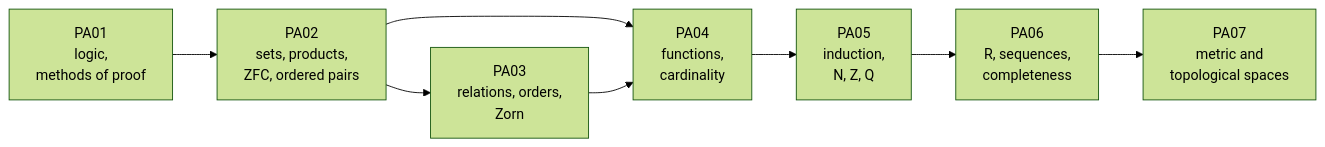
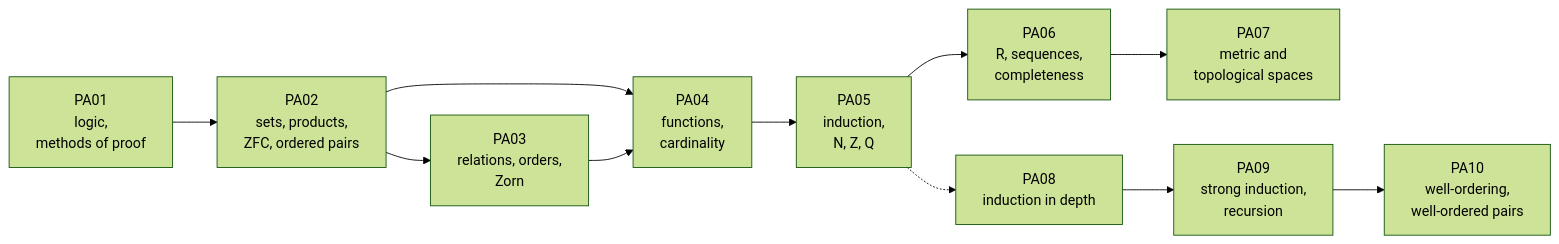
The diagram in 11-Proofs-Analysis-Topology/Proofs, Analysis and Topology - Course Map.md (etswastik712/notes), drawn with Mermaid (forest theme) before and after one commit. The commit also changed other lines of this file and 84 other files, not shown here.

````diff
--- a/11-Proofs-Analysis-Topology/Proofs, Analysis and Topology - Course Map.md
+++ b/11-Proofs-Analysis-Topology/Proofs, Analysis and Topology - Course Map.md
@@ -26,10 +27,13 @@
 ```mermaid
 flowchart LR
   A["PA01<br/>logic,<br/>methods of proof"] --> B["PA02<br/>sets, products,<br/>ZFC, ordered pairs"]
   B --> C["PA03<br/>relations, orders,<br/>Zorn"]
   B --> D["PA04<br/>functions,<br/>cardinality"]
   C --> D
   D --> E["PA05<br/>induction,<br/>N, Z, Q"]
   E --> F["PA06<br/>R, sequences,<br/>completeness"]
   F --> G["PA07<br/>metric and<br/>topological spaces"]
+  E -.-> H["PA08<br/>induction in depth"]
+  H --> I["PA09<br/>strong induction,<br/>recursion"]
+  I --> J["PA10<br/>well-ordering,<br/>well-ordered pairs"]
 ```
````
